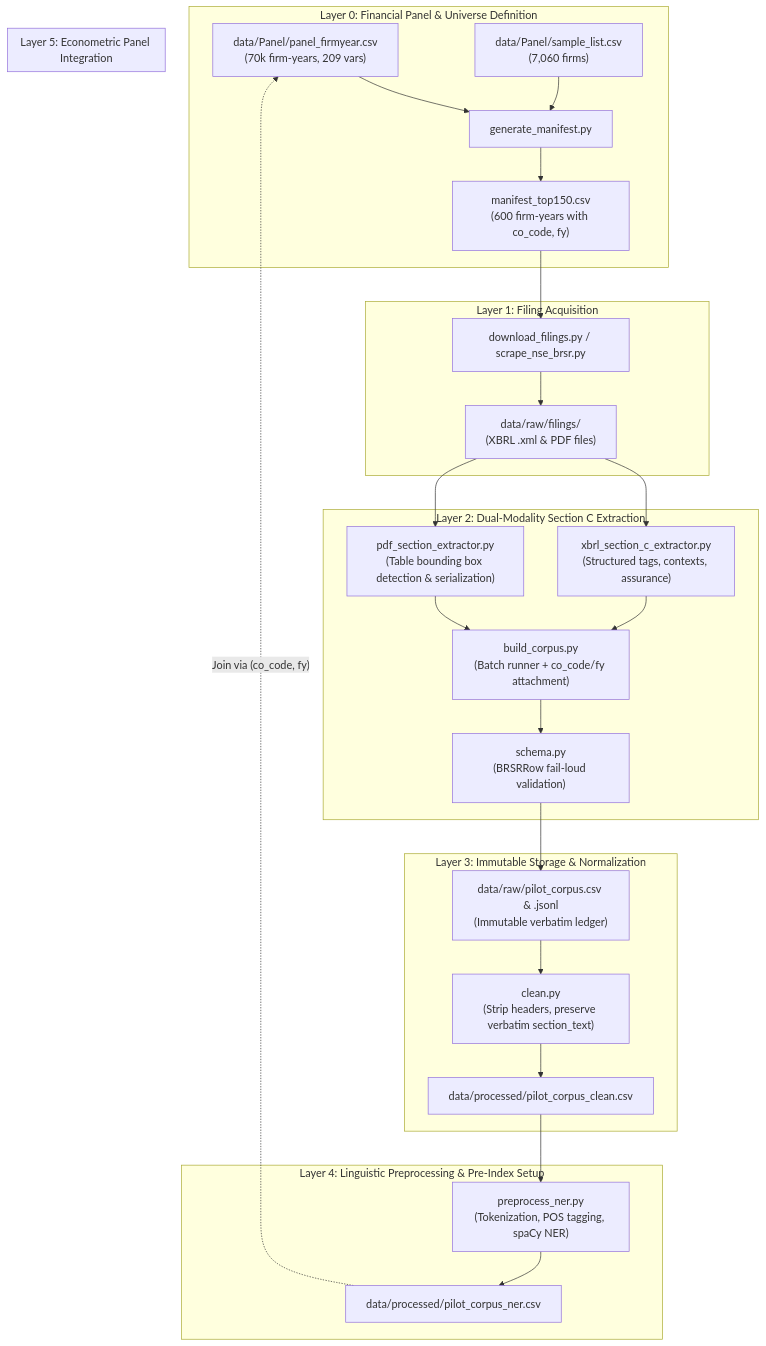
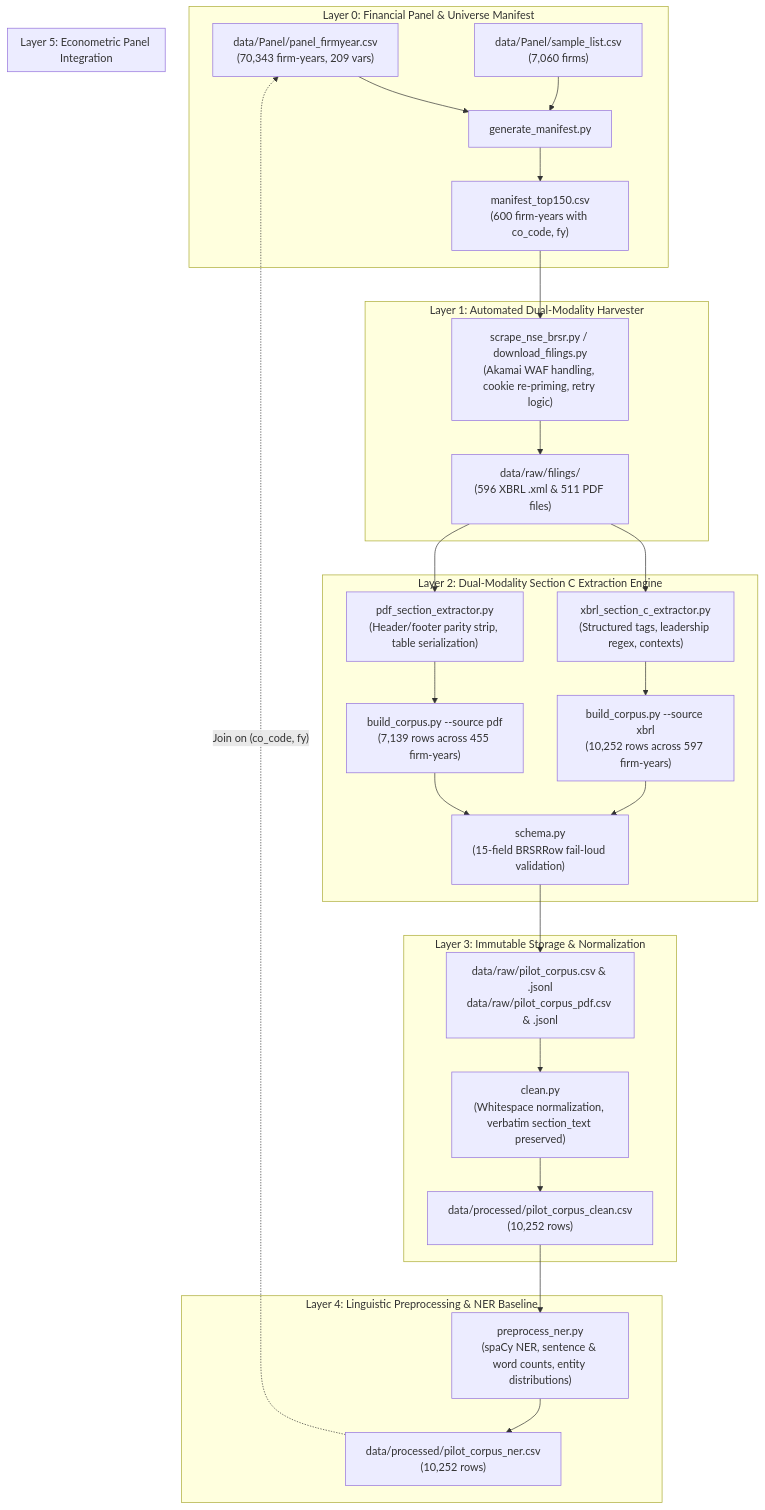
The diagram in README.md (ShahilSingh3/brsr-nlp-econometric-panel), drawn with Mermaid before and after one commit. The commit also changed other lines of this file, not shown here.

Commit message:
docs: condense README to core objectives, technologies, architecture, and pipeline with latest progress

````diff
--- a/README.md
+++ b/README.md
@@ -49,34 +72,35 @@
 ```mermaid
 flowchart TD
-    subgraph S0["Layer 0: Financial Panel & Universe Definition"]
-        P1["data/Panel/panel_firmyear.csv<br/>(70k firm-years, 209 vars)"] & P2["data/Panel/sample_list.csv<br/>(7,060 firms)"] --> M1["generate_manifest.py"]
+    subgraph L0["Layer 0: Financial Panel & Universe Manifest"]
+        P1["data/Panel/panel_firmyear.csv<br/>(70,343 firm-years, 209 vars)"] & P2["data/Panel/sample_list.csv<br/>(7,060 firms)"] --> M1["generate_manifest.py"]
         M1 --> M2["manifest_top150.csv<br/>(600 firm-years with co_code, fy)"]
     end
 
-    subgraph S1["Layer 1: Filing Acquisition"]
-        M2 --> D1["download_filings.py / scrape_nse_brsr.py"]
-        D1 --> F1["data/raw/filings/<br/>(XBRL .xml & PDF files)"]
+    subgraph L1["Layer 1: Automated Dual-Modality Harvester"]
+        M2 --> D1["scrape_nse_brsr.py / download_filings.py<br/>(Akamai WAF handling, cookie re-priming, retry logic)"]
+        D1 --> F1["data/raw/filings/<br/>(596 XBRL .xml & 511 PDF files)"]
     end
 
-    subgraph S2["Layer 2: Dual-Modality Section C Extraction"]
-        F1 --> E1["xbrl_section_c_extractor.py<br/>(Structured tags, contexts, assurance)"]
-        F1 --> E2["pdf_section_extractor.py<br/>(Table bounding box detection & serialization)"]
-        E1 & E2 --> B1["build_corpus.py<br/>(Batch runner + co_code/fy attachment)"]
-        B1 --> SC["schema.py<br/>(BRSRRow fail-loud validation)"]
+    subgraph L2["Layer 2: Dual-Modality Section C Extraction Engine"]
+        F1 --> E1["xbrl_section_c_extractor.py<br/>(Structured tags, leadership regex, contexts)"]
+        F1 --> E2["pdf_section_extractor.py<br/>(Header/footer parity strip, table serialization)"]
+        E1 --> B1["build_corpus.py --source xbrl<br/>(10,252 rows across 597 firm-years)"]
+        E2 --> B2["build_corpus.py --source pdf<br/>(7,139 rows across 455 firm-years)"]
+        B1 & B2 --> SC["schema.py<br/>(15-field BRSRRow fail-loud validation)"]
     end
 
-    subgraph S3["Layer 3: Immutable Storage & Normalization"]
-        SC --> R1["data/raw/pilot_corpus.csv & .jsonl<br/>(Immutable verbatim ledger)"]
-        R1 --> C1["clean.py<br/>(Strip headers, preserve verbatim section_text)"]
-        C1 --> P3["data/processed/pilot_corpus_clean.csv"]
+    subgraph L3["Layer 3: Immutable Storage & Normalization"]
+        SC --> R1["data/raw/pilot_corpus.csv & .jsonl<br/>data/raw/pilot_corpus_pdf.csv & .jsonl"]
+        R1 --> C1["clean.py<br/>(Whitespace normalization, verbatim section_text preserved)"]
+        C1 --> P3["data/processed/pilot_corpus_clean.csv<br/>(10,252 rows)"]
     end
 
-    subgraph S4["Layer 4: Linguistic Preprocessing & Pre-Index Setup"]
-        P3 --> N1["preprocess_ner.py<br/>(Tokenization, POS tagging, spaCy NER)"]
-        N1 --> P4["data/processed/pilot_corpus_ner.csv"]
+    subgraph L4["Layer 4: Linguistic Preprocessing & NER Baseline"]
+        P3 --> N1["preprocess_ner.py<br/>(spaCy NER, sentence & word counts, entity distributions)"]
+        N1 --> P4["data/processed/pilot_corpus_ner.csv<br/>(10,252 rows)"]
     end
 
-    subgraph S5["Layer 5: Econometric Panel Integration"]
-        P4 -.->|"Join via (co_code, fy)"| P1
+    subgraph L5["Layer 5: Econometric Panel Integration"]
+        P4 -.->|"Join on (co_code, fy)"| P1
     end
 ```
````
